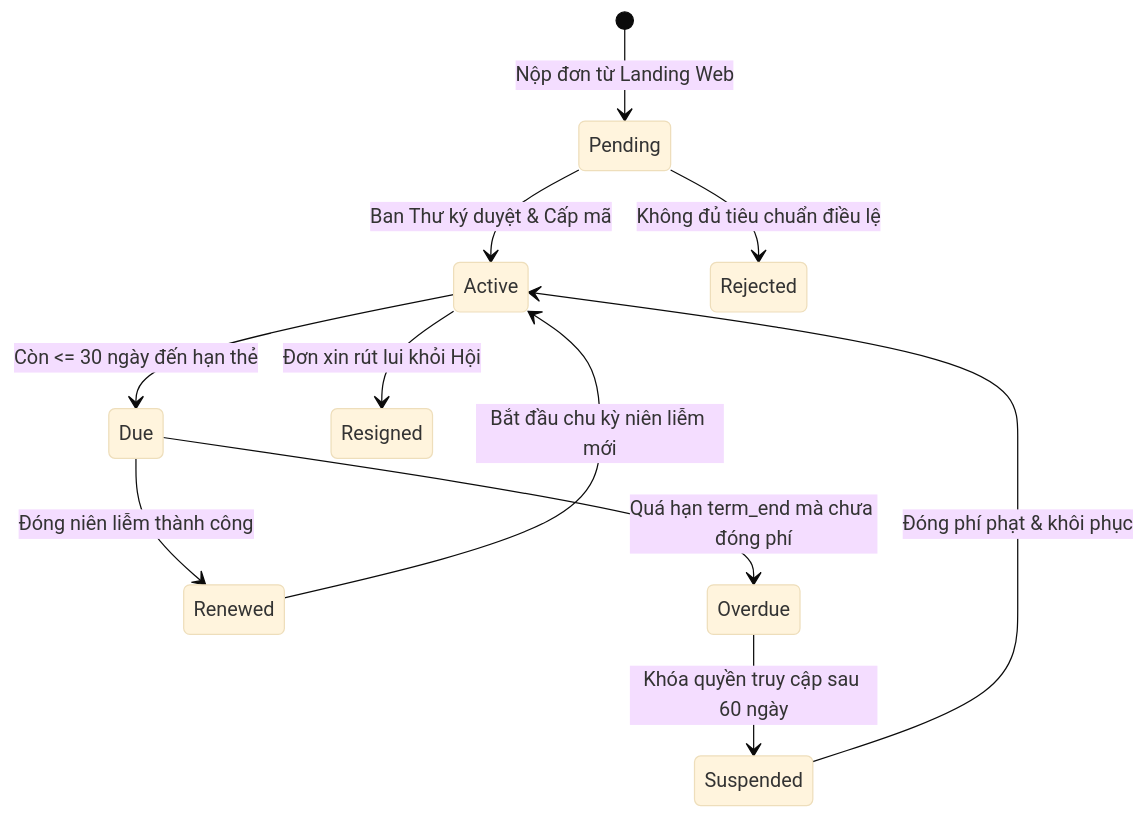
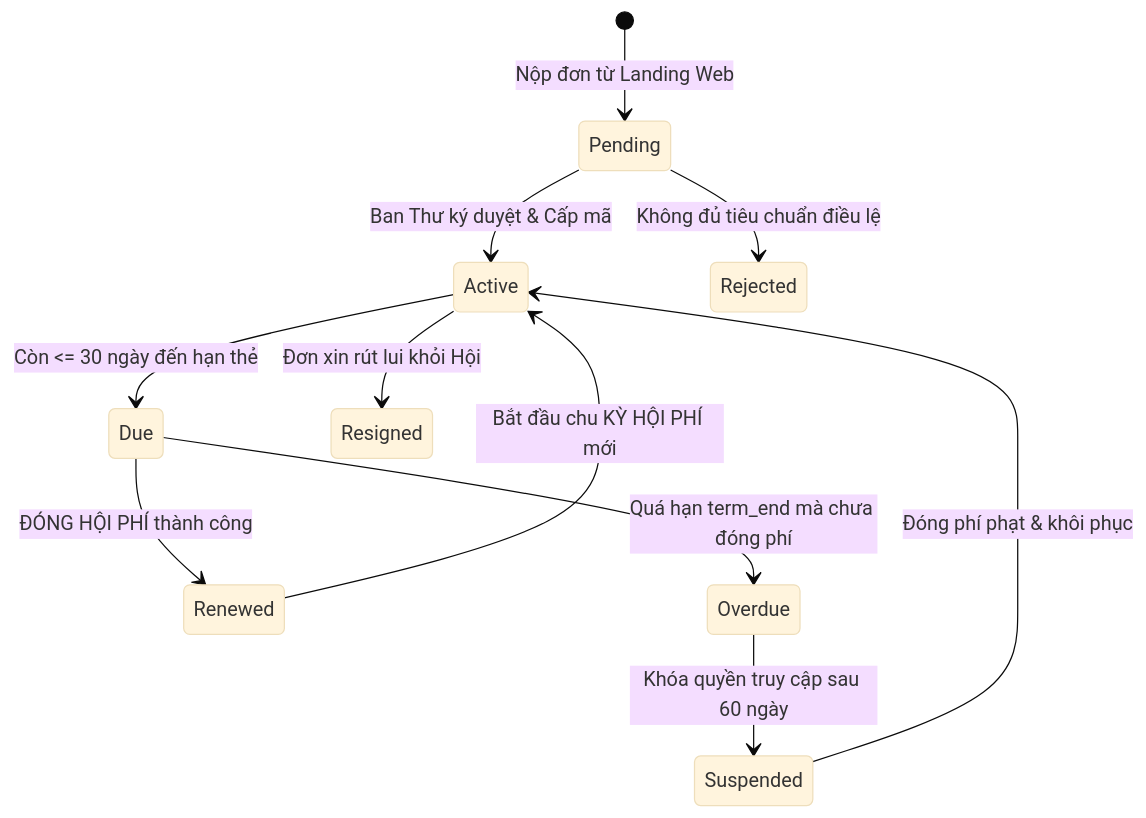
The first of 3 diagrams in document/vione-brd-srs-techspec-quality.md (viconnect-product-team/vione_app), drawn with Mermaid (base theme) before and after one commit. The commit also changed other lines of this file and 725 other files, not shown here.

````diff
--- a/document/vione-brd-srs-techspec-quality.md
+++ b/document/vione-brd-srs-techspec-quality.md
@@ -170,13 +170,13 @@
 ```mermaid
 stateDiagram-v2
     [*] --> Pending: Nộp đơn từ Landing Web
     Pending --> Active: Ban Thư ký duyệt & Cấp mã
     Pending --> Rejected: Không đủ tiêu chuẩn điều lệ
     Active --> Due: Còn <= 30 ngày đến hạn thẻ
-    Due --> Renewed: Đóng niên liễm thành công
-    Renewed --> Active: Bắt đầu chu kỳ niên liễm mới
+    Due --> Renewed: ĐÓNG HỘI PHÍ thành công
+    Renewed --> Active: Bắt đầu chu KỲ HỘI PHÍ mới
     Due --> Overdue: Quá hạn term_end mà chưa đóng phí
     Overdue --> Suspended: Khóa quyền truy cập sau 60 ngày
     Suspended --> Active: Đóng phí phạt & khôi phục
     Active --> Resigned: Đơn xin rút lui khỏi Hội
 ```
````
